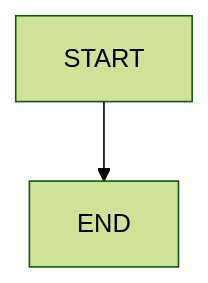
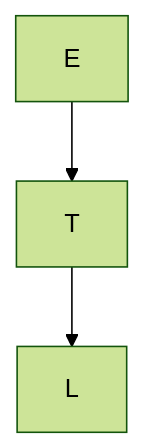
The diagram in README.md (git-jrm/ing-datos-M5), drawn with Mermaid (forest theme) before and after one commit.

````diff
--- a/README.md
+++ b/README.md
@@ -84,4 +84,5 @@
 ```mermaid
 graph TD;
-  START-->END;
+  E-->T;
+  T-->L;
 ```
````
